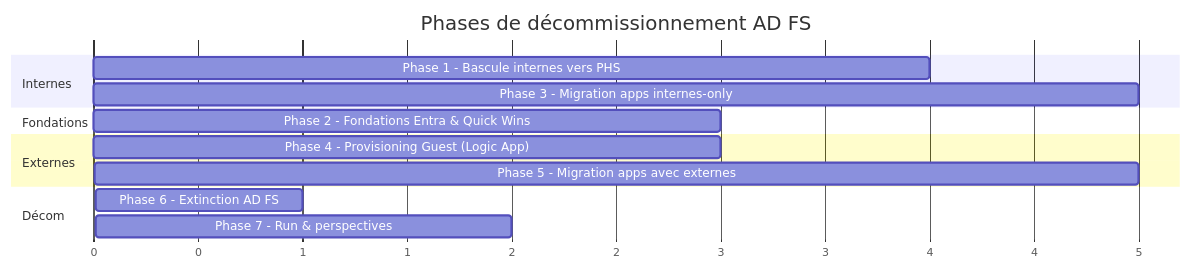
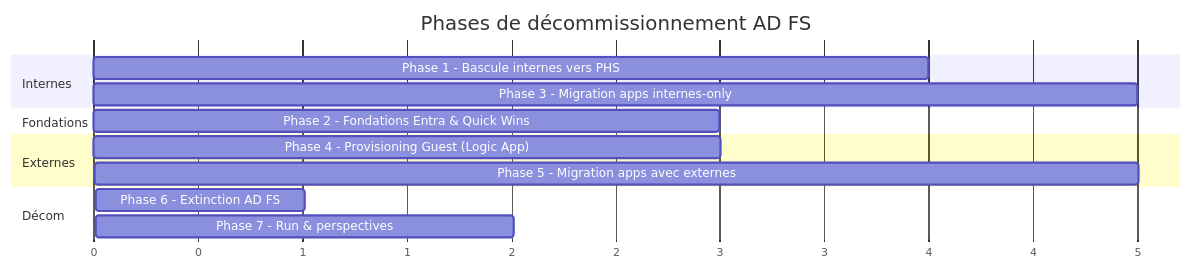
The diagram in _Work in progress/ADFS-Decommission-Roadmap.md (0xMati/Tech-Blog), drawn with Mermaid before and after one commit. The commit also changed other lines of this file, not shown here.

````diff
--- a/_Work in progress/ADFS-Decommission-Roadmap.md
+++ b/_Work in progress/ADFS-Decommission-Roadmap.md
@@ -74,17 +74,17 @@
 ```mermaid
 gantt
     title Phases de décommissionnement AD FS
     dateFormat X
     axisFormat %s
     section Internes
-    Phase 1 - Bascule internes vers PHS       :a1, 0, 4
-    Phase 3 - Migration apps internes-only    :a3, 2, 5
+    Phase 1 - Bascule internes vers PHS       :a1, 0, 4s
+    Phase 3 - Migration apps internes-only    :a3, 2, 5s
     section Fondations
-    Phase 2 - Fondations Entra & Quick Wins   :a2, 0, 3
+    Phase 2 - Fondations Entra & Quick Wins   :a2, 0, 3s
     section Externes
-    Phase 4 - Provisioning Guest (Logic App)  :b1, 2, 3
-    Phase 5 - Migration apps avec externes    :b2, 5, 5
+    Phase 4 - Provisioning Guest (Logic App)  :b1, 2, 3s
+    Phase 5 - Migration apps avec externes    :b2, 5, 5s
     section Décom
-    Phase 6 - Extinction AD FS                :c1, 10, 1
-    Phase 7 - Run & perspectives              :c2, 11, 2
+    Phase 6 - Extinction AD FS                :c1, 10, 1s
+    Phase 7 - Run & perspectives              :c2, 11, 2s
 ```
````
